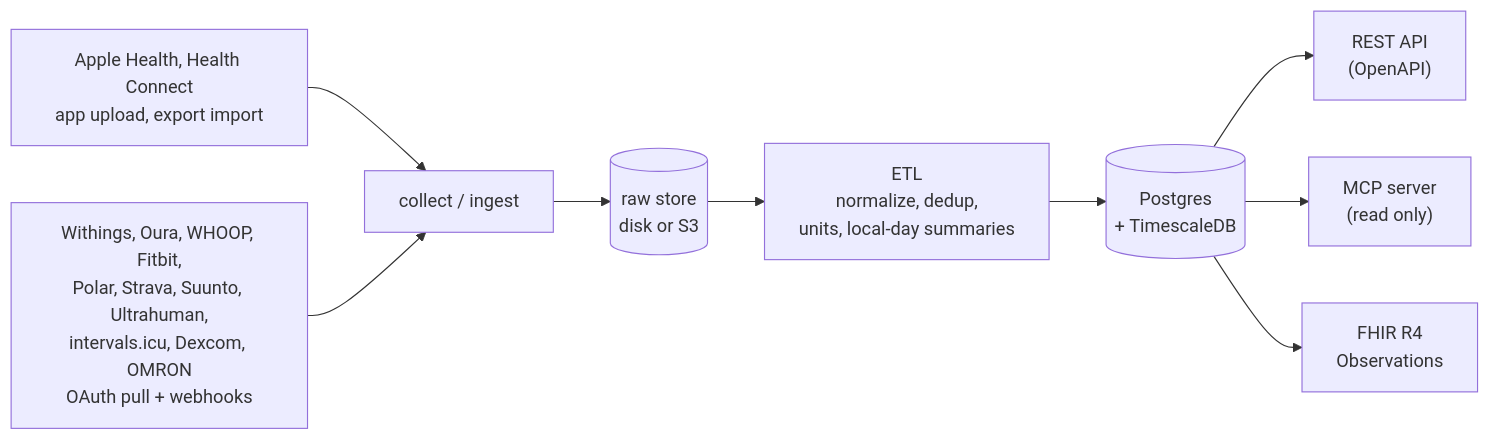
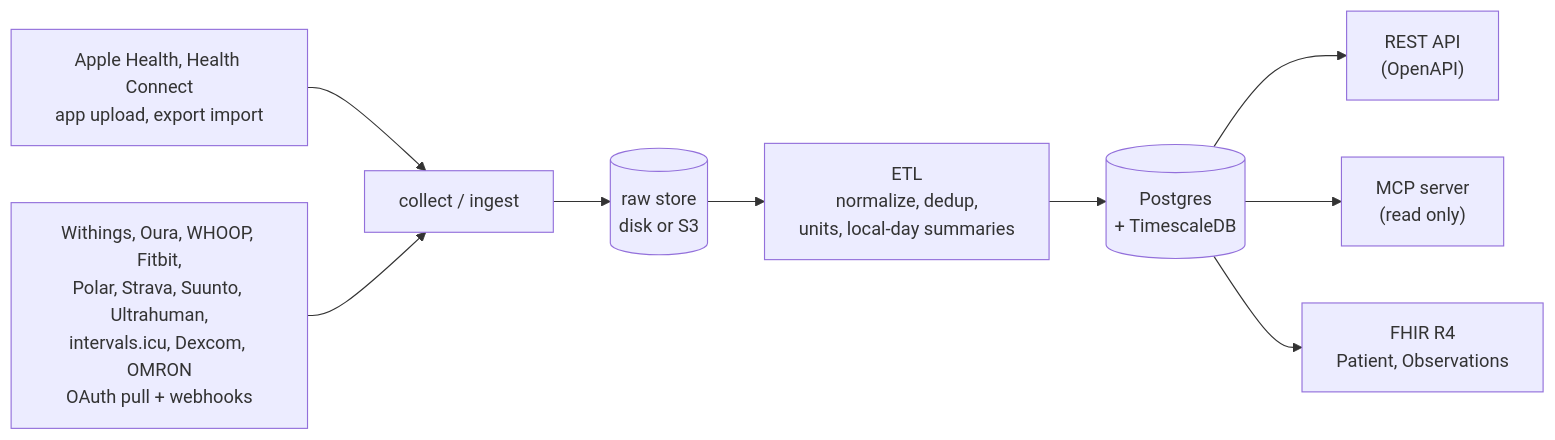
The diagram in README.md (soma-intelligence/open-health-sync), drawn with Mermaid before and after one commit. The commit also changed other lines of this file and 2 other files, not shown here.

````diff
--- a/README.md
+++ b/README.md
@@ -365,11 +383,11 @@
 ```mermaid
 flowchart LR
   AH["Apple Health, Health Connect<br/>app upload, export import"] --> C
   CL["Withings, Oura, WHOOP, Fitbit,<br/>Polar, Strava, Suunto, Ultrahuman,<br/>intervals.icu, Dexcom, OMRON<br/>OAuth pull + webhooks"] --> C
   C["collect / ingest"] --> R[("raw store<br/>disk or S3")]
   R --> E["ETL<br/>normalize, dedup,<br/>units, local-day summaries"]
   E --> P[("Postgres<br/>+ TimescaleDB")]
   P --> API["REST API<br/>(OpenAPI)"]
   P --> MCP["MCP server<br/>(read only)"]
-  P --> FHIR["FHIR R4<br/>Observations"]
+  P --> FHIR["FHIR R4<br/>Patient, Observations"]
 ```
````
